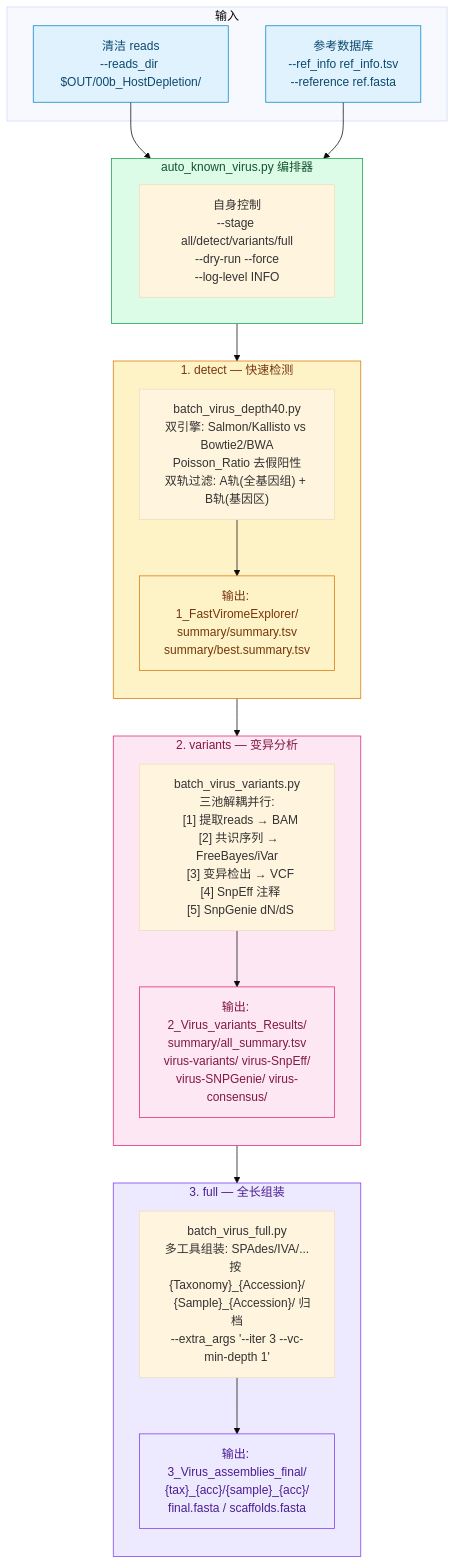
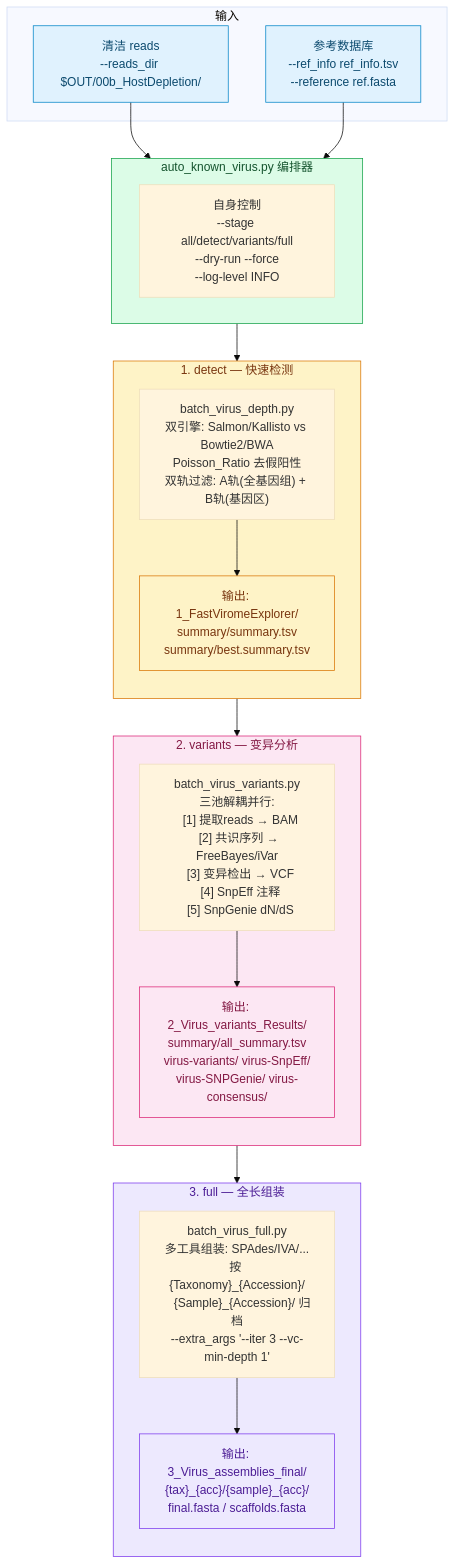
Before and after one commit to zhangwenda0518/MMPV-RNA: diagram 11 of 14 in doc/14-pipeline-diagrams.md, drawn with Mermaid (base theme). The commit also changed other lines of this file and 348 other files, not shown here.

````diff
--- a/doc/14-pipeline-diagrams.md
+++ b/doc/14-pipeline-diagrams.md
@@ -432,51 +432,51 @@
 ```mermaid
 flowchart TB
     accTitle: auto_known_virus.py 已知病毒三阶段分析架构
     accDescr: 从清洁 reads 出发, 依次执行快速检测/变异分析/全长组装三阶段
 
     subgraph Input2["输入"]
         RD["清洁 reads<br/>--reads_dir $OUT/00b_HostDepletion/"]
         REF["参考数据库<br/>--ref_info ref_info.tsv<br/>--reference ref.fasta"]
     end
 
     subgraph Orchestrator2["auto_known_virus.py 编排器"]
         CTRL2["自身控制<br/>--stage all/detect/variants/full<br/>--dry-run --force<br/>--log-level INFO"]
     end
 
     subgraph Stage1["1. detect — 快速检测"]
         direction TB
-        D1["batch_virus_depth40.py<br/>双引擎: Salmon/Kallisto vs Bowtie2/BWA<br/>Poisson_Ratio 去假阳性<br/>双轨过滤: A轨(全基因组) + B轨(基因区)"]
+        D1["batch_virus_depth.py<br/>双引擎: Salmon/Kallisto vs Bowtie2/BWA<br/>Poisson_Ratio 去假阳性<br/>双轨过滤: A轨(全基因组) + B轨(基因区)"]
         D1_OUT["输出: 1_FastViromeExplorer/<br/>summary/summary.tsv<br/>summary/best.summary.tsv"]
         D1 --> D1_OUT
     end
 
     subgraph Stage2["2. variants — 变异分析"]
         direction TB
         D2["batch_virus_variants.py<br/>三池解耦并行:<br/>  [1] 提取reads → BAM<br/>  [2] 共识序列 → FreeBayes/iVar<br/>  [3] 变异检出 → VCF<br/>  [4] SnpEff 注释<br/>  [5] SnpGenie dN/dS"]
         D2_OUT["输出: 2_Virus_variants_Results/<br/>summary/all_summary.tsv<br/>virus-variants/ virus-SnpEff/<br/>virus-SNPGenie/ virus-consensus/"]
         D2 --> D2_OUT
     end
 
     subgraph Stage3["3. full — 全长组装"]
         direction TB
         D3["batch_virus_full.py<br/>多工具组装: SPAdes/IVA/...<br/>按 {Taxonomy}_{Accession}/<br/>   {Sample}_{Accession}/ 归档<br/>--extra_args '--iter 3 --vc-min-depth 1'"]
         D3_OUT["输出: 3_Virus_assemblies_final/<br/>{tax}_{acc}/{sample}_{acc}/<br/>final.fasta / scaffolds.fasta"]
         D3 --> D3_OUT
     end
 
     RD --> Orchestrator2
     REF --> Orchestrator2
     Orchestrator2 --> Stage1 --> Stage2 --> Stage3
 
     classDef known_input fill:#e0f2fe,stroke:#0284c7,color:#0c4a6e
     classDef known_ctrl fill:#dcfce7,stroke:#16a34a,color:#14532d
     classDef known_s1 fill:#fef3c7,stroke:#d97706,color:#78350f
     classDef known_s2 fill:#fce7f3,stroke:#db2777,color:#831843
     classDef known_s3 fill:#ede9fe,stroke:#7c3aed,color:#4c1d95
 
     class RD,REF known_input
     class Orchestrator2 known_ctrl
     class Stage1,D1_OUT known_s1
     class Stage2,D2_OUT known_s2
     class Stage3,D3_OUT known_s3
 ```
````
